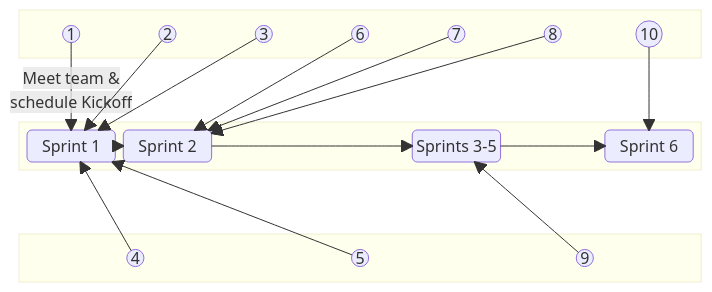
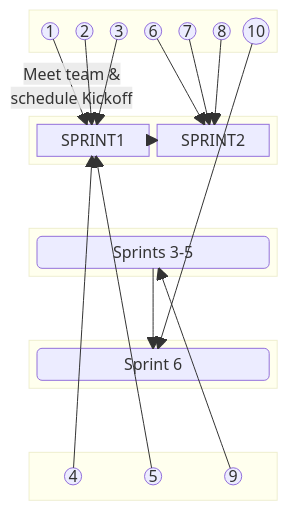
One commit to jdmedlock/mermaid_testing changed the diagram in README.md. Above: the diagram before and after it, drawn with Mermaid.

Commit message:
Feature: Recreate linear sprint diagram

````diff
--- a/README.md
+++ b/README.md
@@ -4,38 +4,46 @@
 ```mermaid
   block-beta
     columns 1
     block:ANNOTATIONSTOP
       A1(("1"))
       A2(("2"))
       A3(("3"))
       A6(("6"))
       A7(("7"))
       A8(("8"))
       A10(("10"))
     end
     space
-    block:SPRINTS
-      SPRINT1("Sprint 1") --> SPRINT2("Sprint 2")
-      space
-      space
-      SPRINT2 --> SPRINT35("Sprints 3-5")
-      space
-      SPRINT35 --> SPRINT6("Sprint 6")
+    block:SPRINTS12
+      SPRINT1
+      SPRINT2
+    end
+    space
+    block:SPRINTS35
+      SPRINT35("Sprints 3-5")
+    end
+    space
+    block:SPRINTS6
+      SPRINT6("Sprint 6")
     end
     space
       block:ANNOTATIONSBOTTOM
       A4(("4"))
       A5(("5"))
       A9(("9"))
     end
+
+    SPRINT1 --> SPRINT2
+    SPRINT35 --> SPRINT6
+
     A1 -- "Meet team &</br>schedule Kickoff" --> SPRINT1
     A2 ----> SPRINT1
     A3 ----> SPRINT1
     A4 ----> SPRINT1
     A5 ----> SPRINT1
     A6 ----> SPRINT2
     A7 ----> SPRINT2
     A8 ----> SPRINT2
     A9 ----> SPRINT35
     A10 ----> SPRINT6
 ```
````
